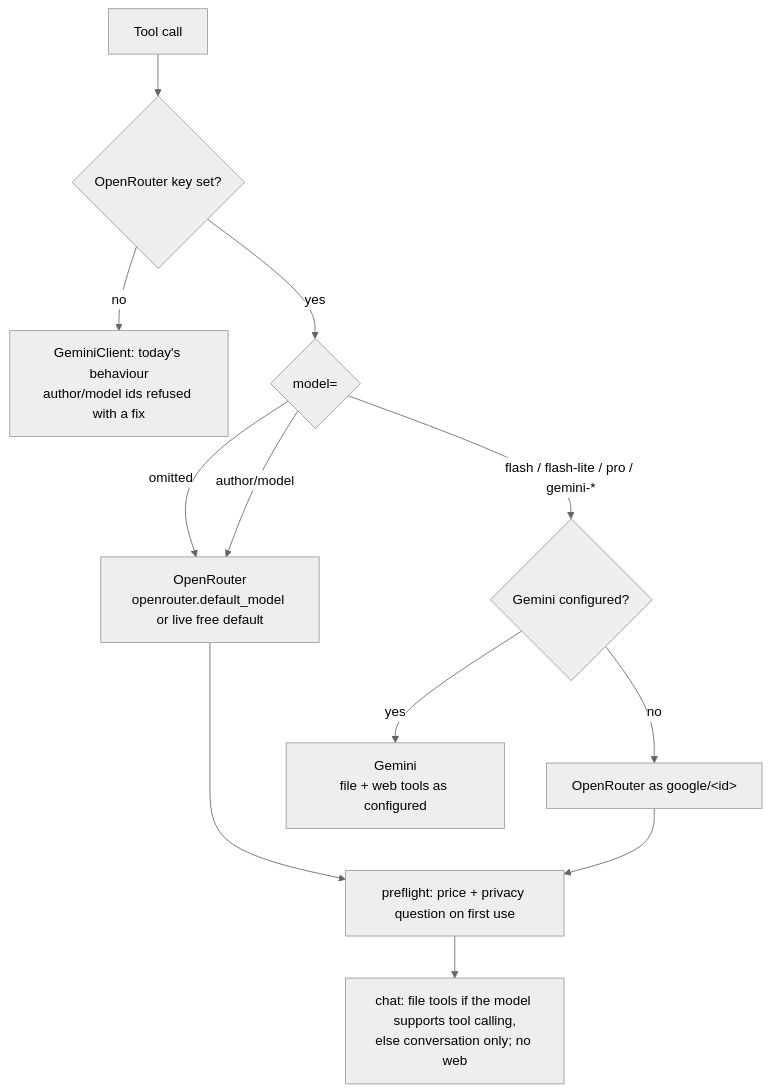
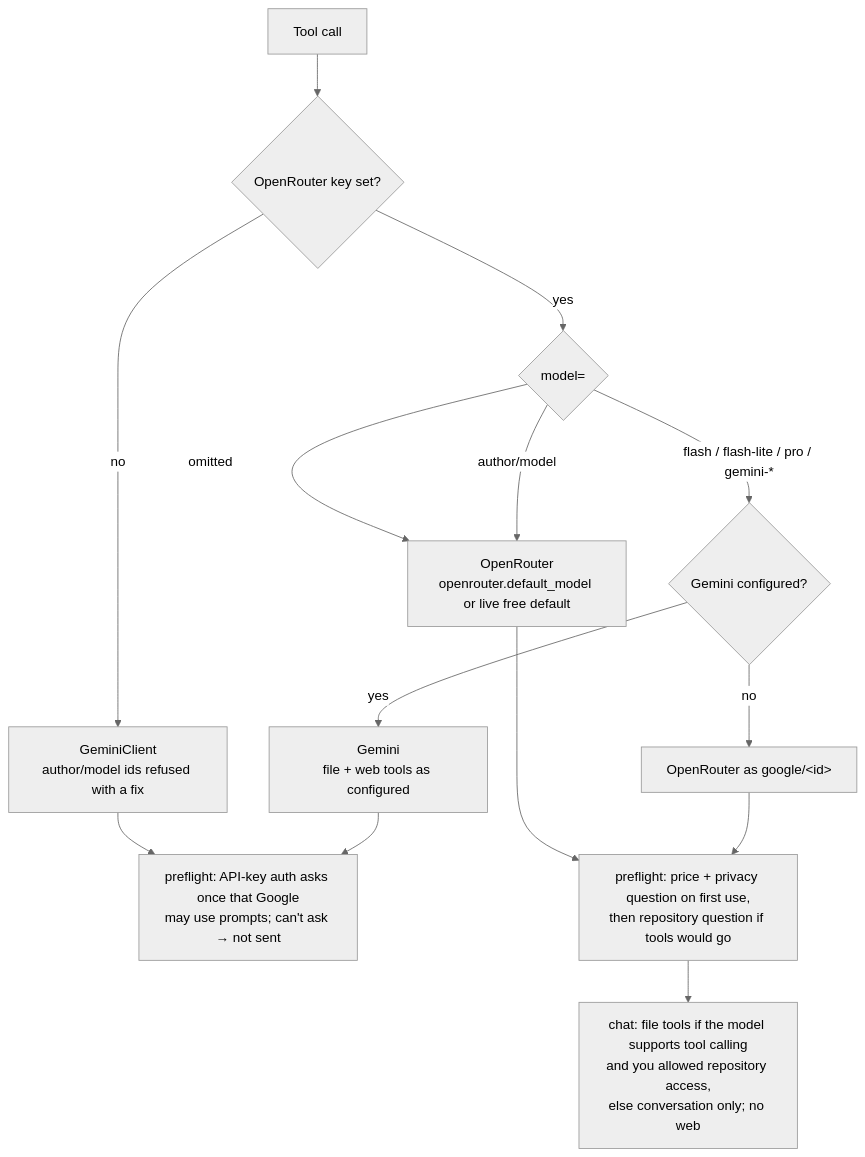
One commit to FlintAndFilament/sidekick changed the diagram in docs/diagrams/backend-routing.mermaid. Above: the diagram before and after it, drawn with Mermaid (neutral theme). The commit also changed 20 other files, not shown here.

```diff
--- a/docs/diagrams/backend-routing.mermaid
+++ b/docs/diagrams/backend-routing.mermaid
@@ -1,12 +1,14 @@
 flowchart TD
     A["Tool call"] --> K{"OpenRouter key set?"}
-    K -->|no| G0["GeminiClient: today's behaviour<br/>author/model ids refused with a fix"]
+    K -->|no| G0["GeminiClient<br/>author/model ids refused with a fix"]
     K -->|yes| M{"model="}
     M -->|omitted| OR["OpenRouter<br/>openrouter.default_model or live free default"]
     M -->|"author/model"| OR
     M -->|"flash / flash-lite / pro / gemini-*"| GQ{"Gemini configured?"}
     GQ -->|yes| GM["Gemini<br/>file + web tools as configured"]
     GQ -->|no| ORG["OpenRouter as google/&lt;id&gt;"]
-    OR --> PF["preflight: price + privacy question on first use"]
+    G0 --> GPF
+    GM --> GPF["preflight: API-key auth asks once that Google<br/>may use prompts; can't ask → not sent"]
+    OR --> PF["preflight: price + privacy question on first use,<br/>then repository question if tools would go"]
     ORG --> PF
-    PF --> ASK["chat: file tools if the model supports tool calling,<br/>else conversation only; no web"]
+    PF --> ASK["chat: file tools if the model supports tool calling<br/>and you allowed repository access,<br/>else conversation only; no web"]
```
